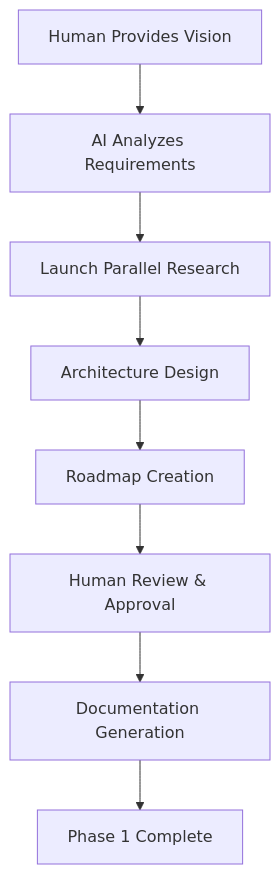
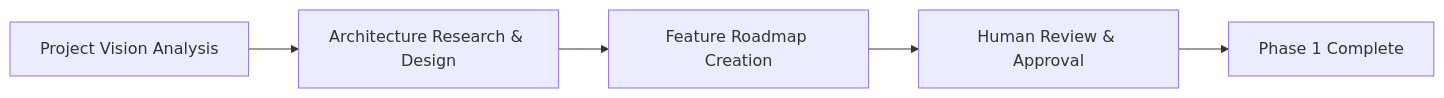
One commit to Cyonx818/CE-DPS changed the first of 2 diagrams in methodology/ai-implementation/phase-1-planning.md. Above: the diagram before and after it, drawn with Mermaid. The commit also changed other lines of this file and 8 other files, not shown here.

````diff
--- a/methodology/ai-implementation/phase-1-planning.md
+++ b/methodology/ai-implementation/phase-1-planning.md
@@ -96,10 +25,7 @@
 ```mermaid
-graph TD
-    A[Human Provides Vision] --> B[AI Analyzes Requirements]
-    B --> C[Launch Parallel Research]
-    C --> D[Architecture Design]
-    D --> E[Roadmap Creation]
-    E --> F[Human Review & Approval]
-    F --> G[Documentation Generation]
-    G --> H[Phase 1 Complete]
+graph LR
+    A[Project Vision Analysis] --> B[Architecture Research & Design]
+    B --> C[Feature Roadmap Creation]
+    C --> D[Human Review & Approval]
+    D --> E[Phase 1 Complete]
 ```
````
